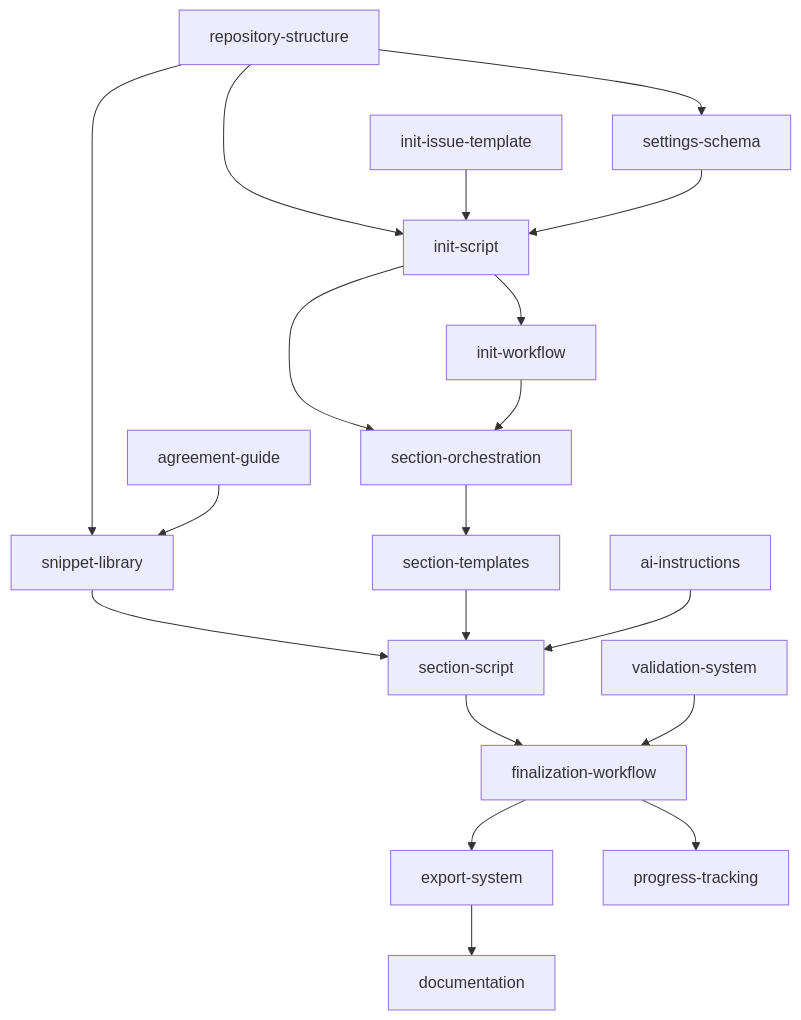
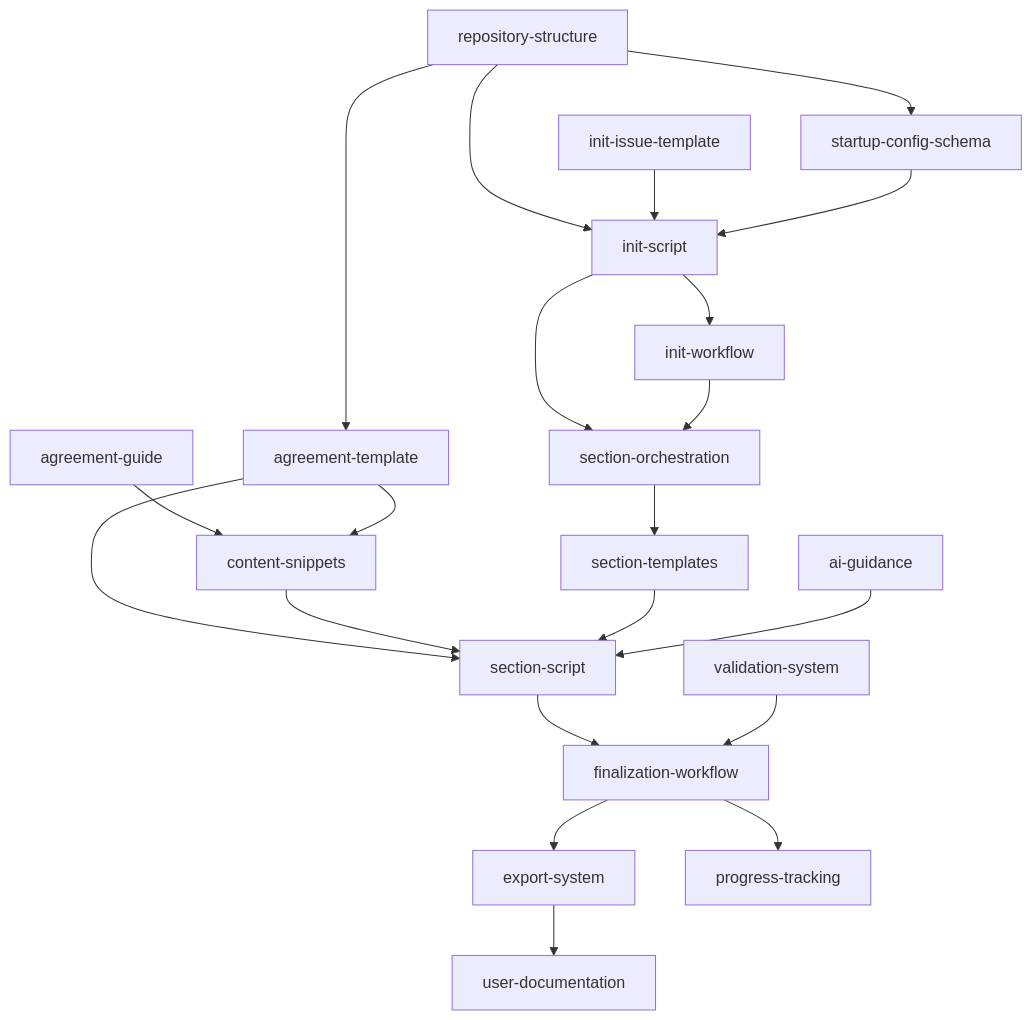
Before and after one commit to Xerilium/catalyst-founders-agreement: the diagram in .xe/specs/blueprint/spec.md, drawn with Mermaid. The commit also changed other lines of this file and 3 other files, not shown here.

````diff
--- a/.xe/specs/blueprint/spec.md
+++ b/.xe/specs/blueprint/spec.md
@@ -43,52 +45,55 @@
 ```mermaid
 graph TD
     %% Tier 0: Foundation
     A[repository-structure]
     B[init-issue-template]
     C[agreement-guide]
 
     %% Tier 1: Core Configuration
-    D[settings-schema]
+    D[startup-config-schema]
     E[init-script]
-    F[snippet-library]
+    F[agreement-template]
+    G[content-snippets]
 
     %% Tier 2: Automation
-    G[init-workflow]
-    H[section-orchestration]
-    I[section-templates]
+    H[init-workflow]
+    I[section-orchestration]
+    J[section-templates]
 
     %% Tier 3: Section Processing
-    J[section-script]
-    K[ai-instructions]
-    L[validation-system]
+    K[section-script]
+    L[ai-guidance]
+    M[validation-system]
 
     %% Tier 4: Finalization
-    M[finalization-workflow]
-    N[export-system]
-    O[progress-tracking]
-    P[documentation]
+    N[finalization-workflow]
+    O[export-system]
+    P[progress-tracking]
+    Q[user-documentation]
 
     %% Dependencies
     A --> D
     A --> E
     A --> F
     B --> E
-    C --> F
+    C --> G
 
     D --> E
-    E --> G
     E --> H
-    F --> J
+    E --> I
+    F --> G
+    F --> K
+    G --> K
 
-    G --> H
     H --> I
     I --> J
+    J --> K
 
-    J --> M
-    K --> J
-    L --> M
+    K --> N
+    L --> K
+    M --> N
 
-    M --> N
-    M --> O
+    N --> O
     N --> P
+    O --> Q
 ```
````
